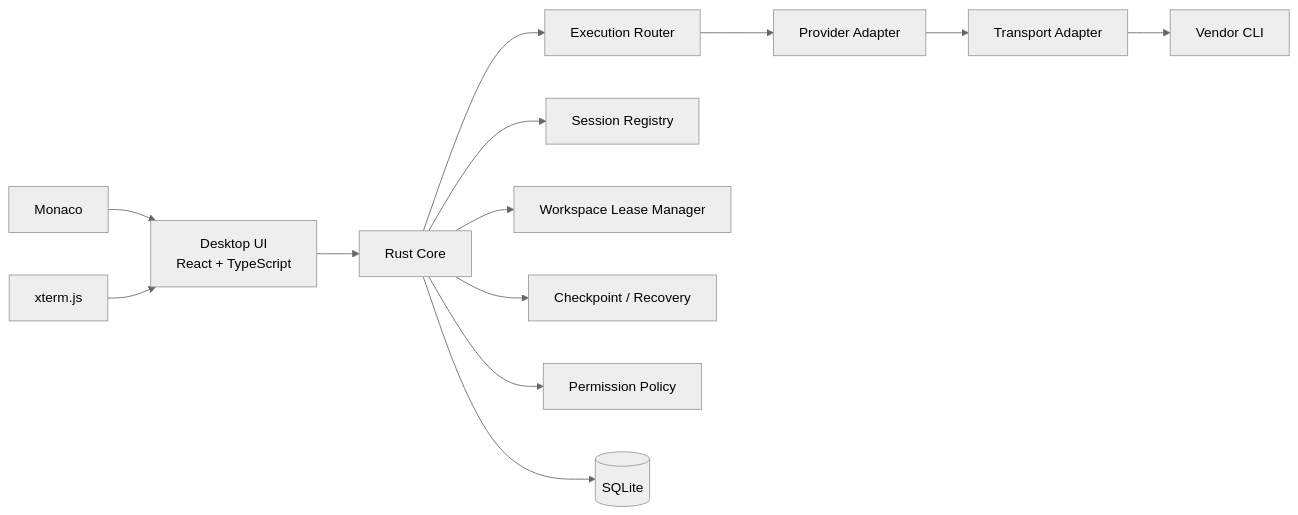
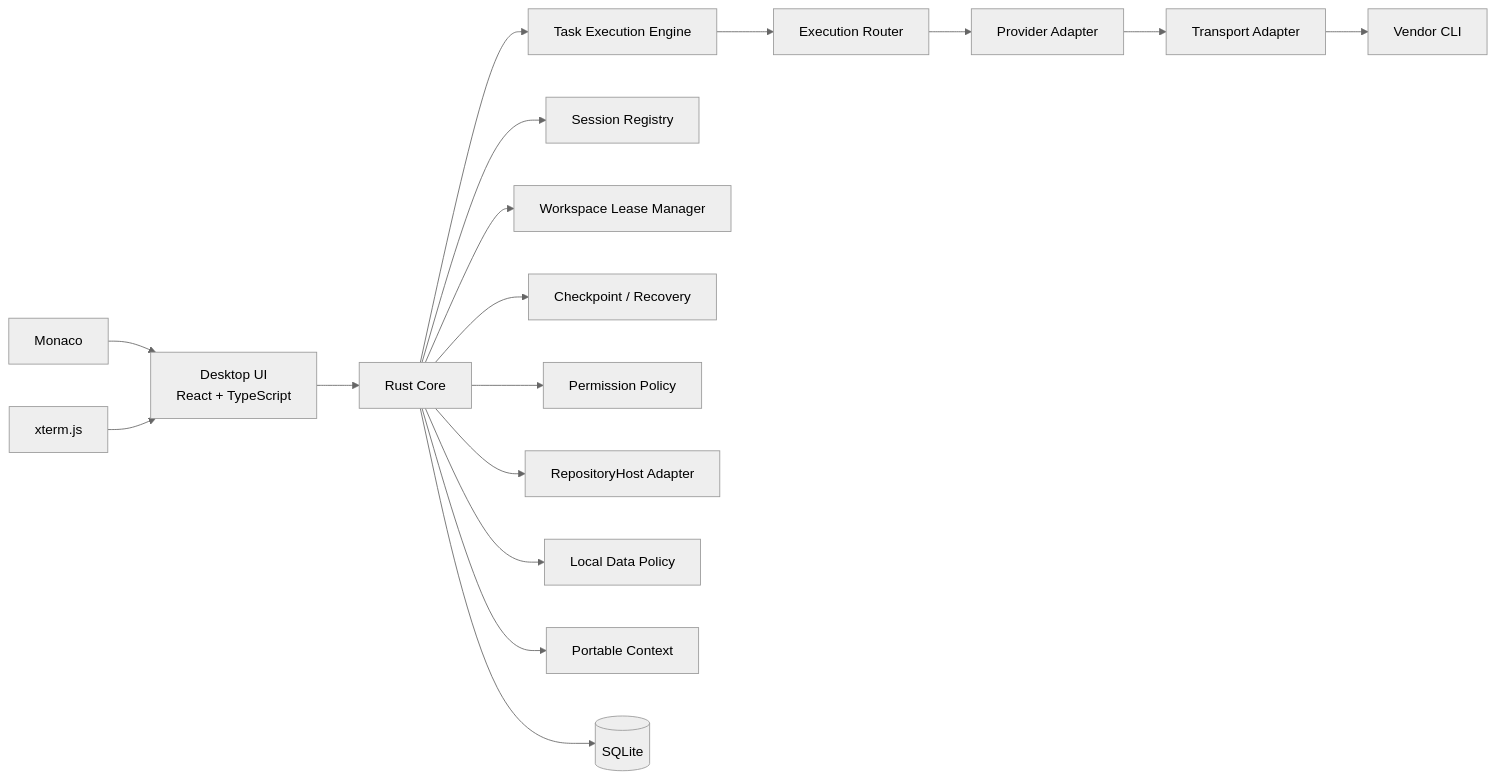
The diagram in docs/basic-design.md (nntokyo/ai-cli-orchestrator), drawn with Mermaid (neutral theme) before and after one commit. The commit also changed other lines of this file and 4 other files, not shown here.

First line of the commit message:
docs: reconcile MVP issues and architecture after adversarial audit (#31)

````diff
--- a/docs/basic-design.md
+++ b/docs/basic-design.md
@@ -35,29 +35,37 @@
 ```mermaid
 flowchart LR
   UI[Desktop UI<br/>React + TypeScript]
-  CORE[Rust Core]
   EDITOR[Monaco]
   TERM[xterm.js]
+  CORE[Rust Core]
+  ENGINE[Task Execution Engine]
   ROUTER[Execution Router]
   SESS[Session Registry]
   LOCK[Workspace Lease Manager]
   REC[Checkpoint / Recovery]
   PERM[Permission Policy]
+  HOST[RepositoryHost Adapter]
+  DATA[Local Data Policy]
+  CONTEXT[Portable Context]
   DB[(SQLite)]
   PA[Provider Adapter]
   TA[Transport Adapter]
   CLI[Vendor CLI]
 
   EDITOR --> UI
   TERM --> UI
   UI --> CORE
-  CORE --> ROUTER
+  CORE --> ENGINE
   CORE --> SESS
   CORE --> LOCK
   CORE --> REC
   CORE --> PERM
+  CORE --> HOST
+  CORE --> DATA
+  CORE --> CONTEXT
   CORE --> DB
+  ENGINE --> ROUTER
   ROUTER --> PA
   PA --> TA
   TA --> CLI
 ```
````
